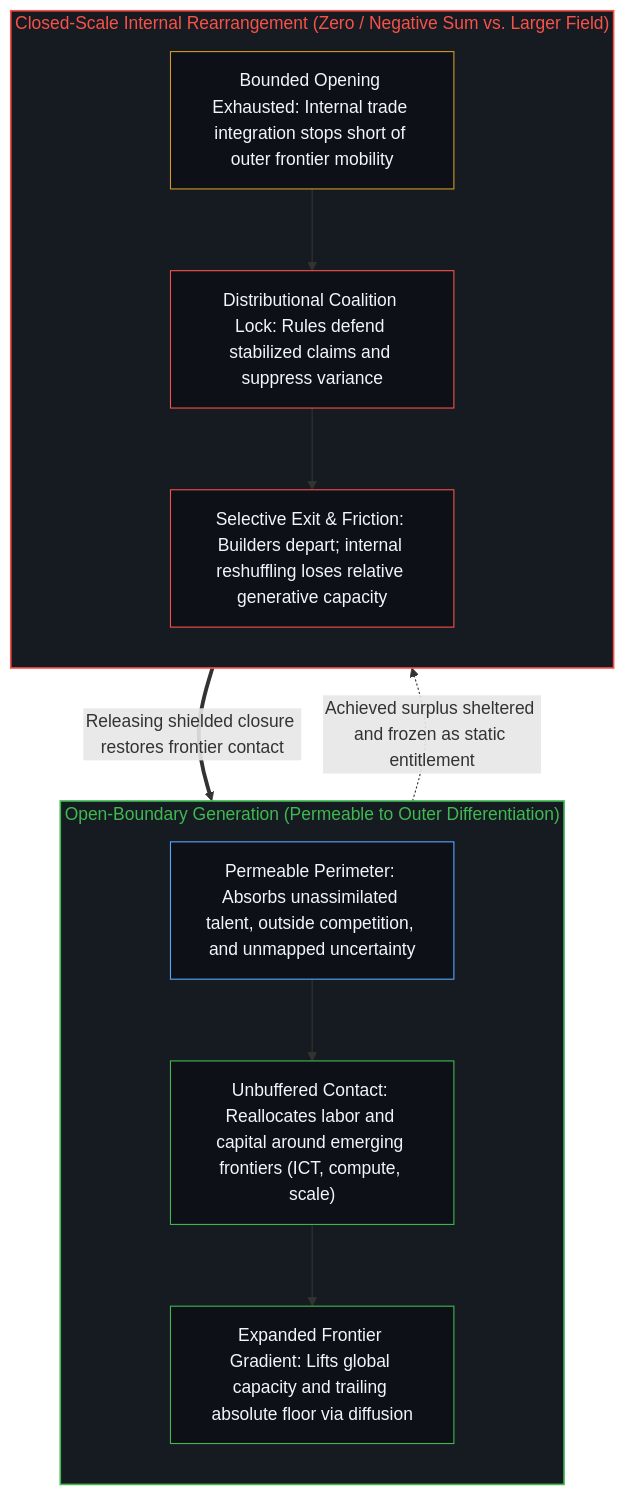
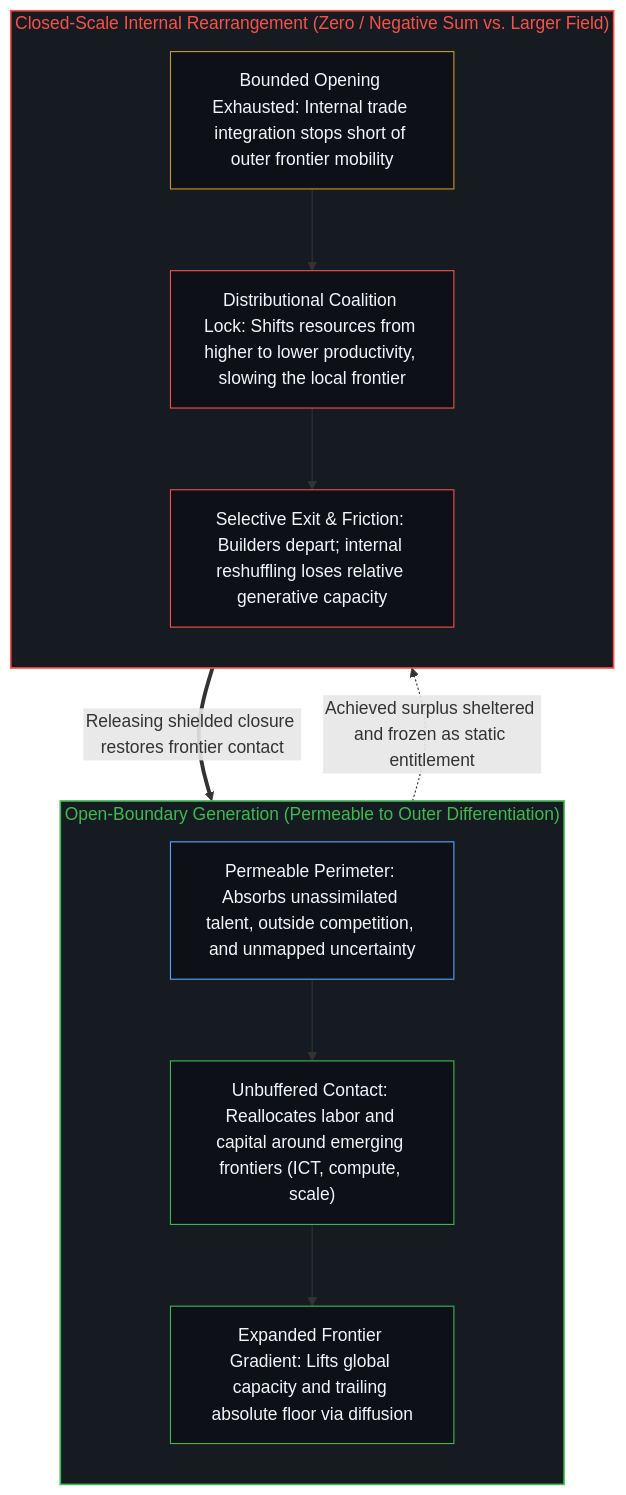
One commit to powerpig99/not-a-toe changed the fourth of 4 diagrams in content/posts/generation-beyond-the-boundary-and-internal-rearrangement.md. Above: the diagram before and after it, drawn with Mermaid. The commit also changed other lines of this file and 1 other file, not shown here.

Commit message:
Refine Post #455: trace closed-scale variance compression as higher-to-lower productivity reallocation

````diff
--- a/content/posts/generation-beyond-the-boundary-and-internal-rearrangement.md
+++ b/content/posts/generation-beyond-the-boundary-and-internal-rearrangement.md
@@ -155,27 +155,27 @@
 ```mermaid
 flowchart TD
     subgraph S_Ext["Open-Boundary Generation (Permeable to Outer Differentiation)"]
         direction TB
         G1["Permeable Perimeter: Absorbs unassimilated talent, outside competition, and unmapped uncertainty"]
         G2["Unbuffered Contact: Reallocates labor and capital around emerging frontiers (ICT, compute, scale)"]
         G3["Expanded Frontier Gradient: Lifts global capacity and trailing absolute floor via diffusion"]
         G1 --> G2 --> G3
     end
     subgraph S_Int["Closed-Scale Internal Rearrangement (Zero / Negative Sum vs. Larger Field)"]
         direction TB
         R1["Bounded Opening Exhausted: Internal trade integration stops short of outer frontier mobility"]
-        R2["Distributional Coalition Lock: Rules defend stabilized claims and suppress variance"]
+        R2["Distributional Coalition Lock: Shifts resources from higher to lower productivity, slowing the local frontier"]
         R3["Selective Exit & Friction: Builders depart; internal reshuffling loses relative generative capacity"]
         R1 --> R2 --> R3
     end
     G3 -.->|"Achieved surplus sheltered and frozen as static entitlement"| R1
     R3 ==>|"Releasing shielded closure restores frontier contact"| G1
     style S_Ext fill:#161b22,stroke:#3fb950,stroke-width:1.5px,color:#3fb950
     style S_Int fill:#161b22,stroke:#f85149,stroke-width:1.5px,color:#f85149
     style G1 fill:#0d1117,stroke:#58a6ff,stroke-width:1px,color:#f0f6fc
     style G2 fill:#0d1117,stroke:#3fb950,stroke-width:1px,color:#f0f6fc
     style G3 fill:#0d1117,stroke:#3fb950,stroke-width:1px,color:#f0f6fc
     style R1 fill:#0d1117,stroke:#d29922,stroke-width:1px,color:#f0f6fc
     style R2 fill:#0d1117,stroke:#f85149,stroke-width:1px,color:#f0f6fc
     style R3 fill:#0d1117,stroke:#f85149,stroke-width:1px,color:#f0f6fc
 ```
````
